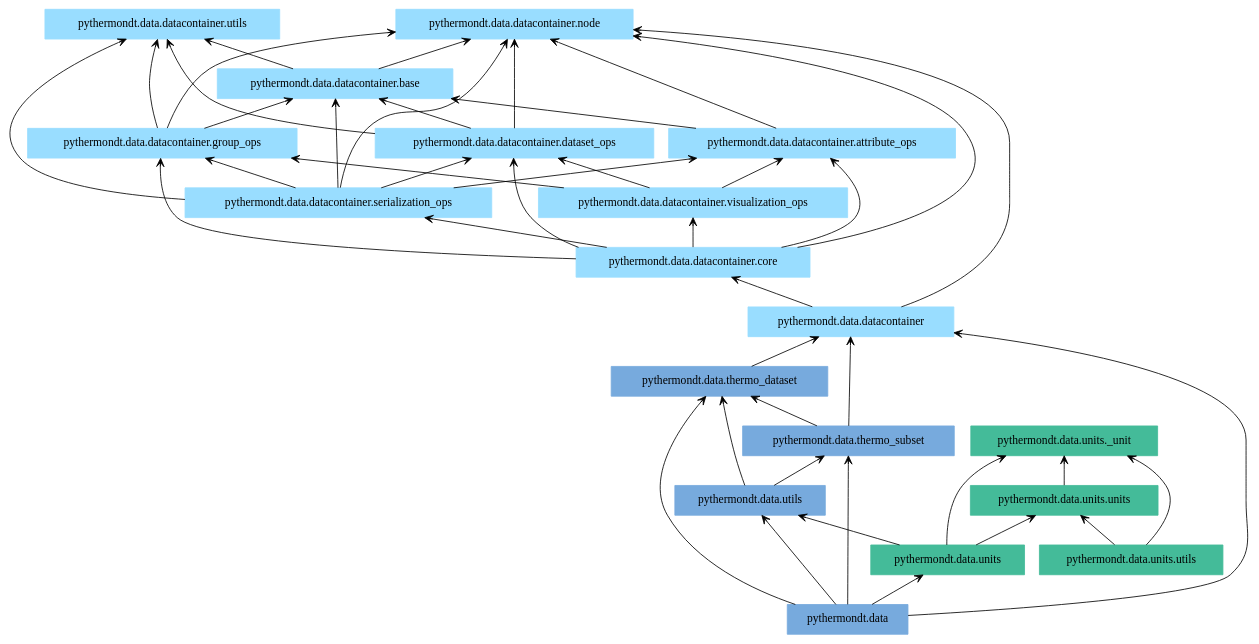
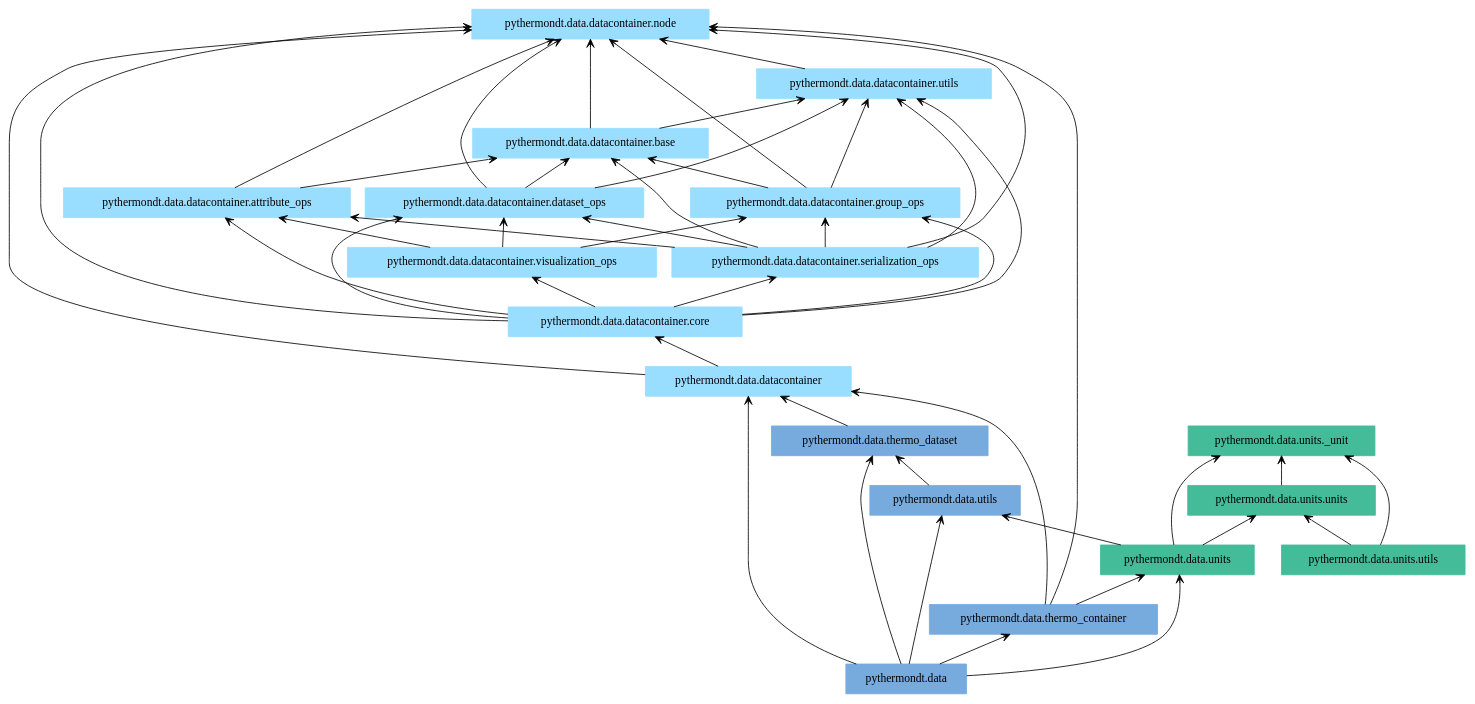
One commit to voidsy-gmbh/pyThermoNDT changed the diagram in docs/pyreverse/packages_pythermondt.data.gv. Above: the diagram before and after it, drawn with Graphviz. The commit also changed 21 other files, not shown here.

Commit message:
Update pyreverse diagrams

```diff
--- a/docs/pyreverse/packages_pythermondt.data.gv
+++ b/docs/pyreverse/packages_pythermondt.data.gv
@@ -1,65 +1,67 @@
 digraph "packages_pythermondt.data" {
 rankdir=BT
 charset="utf-8"
 "pythermondt.data" [color="#77AADD", label=<pythermondt.data>, shape="box", style="filled"];
 "pythermondt.data.datacontainer" [color="#99DDFF", label=<pythermondt.data.datacontainer>, shape="box", style="filled"];
 "pythermondt.data.datacontainer.attribute_ops" [color="#99DDFF", label=<pythermondt.data.datacontainer.attribute_ops>, shape="box", style="filled"];
 "pythermondt.data.datacontainer.base" [color="#99DDFF", label=<pythermondt.data.datacontainer.base>, shape="box", style="filled"];
 "pythermondt.data.datacontainer.core" [color="#99DDFF", label=<pythermondt.data.datacontainer.core>, shape="box", style="filled"];
 "pythermondt.data.datacontainer.dataset_ops" [color="#99DDFF", label=<pythermondt.data.datacontainer.dataset_ops>, shape="box", style="filled"];
 "pythermondt.data.datacontainer.group_ops" [color="#99DDFF", label=<pythermondt.data.datacontainer.group_ops>, shape="box", style="filled"];
 "pythermondt.data.datacontainer.node" [color="#99DDFF", label=<pythermondt.data.datacontainer.node>, shape="box", style="filled"];
 "pythermondt.data.datacontainer.serialization_ops" [color="#99DDFF", label=<pythermondt.data.datacontainer.serialization_ops>, shape="box", style="filled"];
 "pythermondt.data.datacontainer.utils" [color="#99DDFF", label=<pythermondt.data.datacontainer.utils>, shape="box", style="filled"];
 "pythermondt.data.datacontainer.visualization_ops" [color="#99DDFF", label=<pythermondt.data.datacontainer.visualization_ops>, shape="box", style="filled"];
+"pythermondt.data.thermo_container" [color="#77AADD", label=<pythermondt.data.thermo_container>, shape="box", style="filled"];
 "pythermondt.data.thermo_dataset" [color="#77AADD", label=<pythermondt.data.thermo_dataset>, shape="box", style="filled"];
-"pythermondt.data.thermo_subset" [color="#77AADD", label=<pythermondt.data.thermo_subset>, shape="box", style="filled"];
 "pythermondt.data.units" [color="#44BB99", label=<pythermondt.data.units>, shape="box", style="filled"];
 "pythermondt.data.units._unit" [color="#44BB99", label=<pythermondt.data.units._unit>, shape="box", style="filled"];
 "pythermondt.data.units.units" [color="#44BB99", label=<pythermondt.data.units.units>, shape="box", style="filled"];
 "pythermondt.data.units.utils" [color="#44BB99", label=<pythermondt.data.units.utils>, shape="box", style="filled"];
 "pythermondt.data.utils" [color="#77AADD", label=<pythermondt.data.utils>, shape="box", style="filled"];
 "pythermondt.data" -> "pythermondt.data.datacontainer" [arrowhead="open", arrowtail="none"];
+"pythermondt.data" -> "pythermondt.data.thermo_container" [arrowhead="open", arrowtail="none"];
 "pythermondt.data" -> "pythermondt.data.thermo_dataset" [arrowhead="open", arrowtail="none"];
-"pythermondt.data" -> "pythermondt.data.thermo_subset" [arrowhead="open", arrowtail="none"];
 "pythermondt.data" -> "pythermondt.data.units" [arrowhead="open", arrowtail="none"];
 "pythermondt.data" -> "pythermondt.data.utils" [arrowhead="open", arrowtail="none"];
 "pythermondt.data.datacontainer" -> "pythermondt.data.datacontainer.core" [arrowhead="open", arrowtail="none"];
 "pythermondt.data.datacontainer" -> "pythermondt.data.datacontainer.node" [arrowhead="open", arrowtail="none"];
 "pythermondt.data.datacontainer.attribute_ops" -> "pythermondt.data.datacontainer.base" [arrowhead="open", arrowtail="none"];
 "pythermondt.data.datacontainer.attribute_ops" -> "pythermondt.data.datacontainer.node" [arrowhead="open", arrowtail="none"];
 "pythermondt.data.datacontainer.base" -> "pythermondt.data.datacontainer.node" [arrowhead="open", arrowtail="none"];
 "pythermondt.data.datacontainer.base" -> "pythermondt.data.datacontainer.utils" [arrowhead="open", arrowtail="none"];
 "pythermondt.data.datacontainer.core" -> "pythermondt.data.datacontainer.attribute_ops" [arrowhead="open", arrowtail="none"];
 "pythermondt.data.datacontainer.core" -> "pythermondt.data.datacontainer.dataset_ops" [arrowhead="open", arrowtail="none"];
 "pythermondt.data.datacontainer.core" -> "pythermondt.data.datacontainer.group_ops" [arrowhead="open", arrowtail="none"];
 "pythermondt.data.datacontainer.core" -> "pythermondt.data.datacontainer.node" [arrowhead="open", arrowtail="none"];
 "pythermondt.data.datacontainer.core" -> "pythermondt.data.datacontainer.serialization_ops" [arrowhead="open", arrowtail="none"];
+"pythermondt.data.datacontainer.core" -> "pythermondt.data.datacontainer.utils" [arrowhead="open", arrowtail="none"];
 "pythermondt.data.datacontainer.core" -> "pythermondt.data.datacontainer.visualization_ops" [arrowhead="open", arrowtail="none"];
 "pythermondt.data.datacontainer.dataset_ops" -> "pythermondt.data.datacontainer.base" [arrowhead="open", arrowtail="none"];
 "pythermondt.data.datacontainer.dataset_ops" -> "pythermondt.data.datacontainer.node" [arrowhead="open", arrowtail="none"];
 "pythermondt.data.datacontainer.dataset_ops" -> "pythermondt.data.datacontainer.utils" [arrowhead="open", arrowtail="none"];
 "pythermondt.data.datacontainer.group_ops" -> "pythermondt.data.datacontainer.base" [arrowhead="open", arrowtail="none"];
 "pythermondt.data.datacontainer.group_ops" -> "pythermondt.data.datacontainer.node" [arrowhead="open", arrowtail="none"];
 "pythermondt.data.datacontainer.group_ops" -> "pythermondt.data.datacontainer.utils" [arrowhead="open", arrowtail="none"];
 "pythermondt.data.datacontainer.serialization_ops" -> "pythermondt.data.datacontainer.attribute_ops" [arrowhead="open", arrowtail="none"];
 "pythermondt.data.datacontainer.serialization_ops" -> "pythermondt.data.datacontainer.base" [arrowhead="open", arrowtail="none"];
 "pythermondt.data.datacontainer.serialization_ops" -> "pythermondt.data.datacontainer.dataset_ops" [arrowhead="open", arrowtail="none"];
 "pythermondt.data.datacontainer.serialization_ops" -> "pythermondt.data.datacontainer.group_ops" [arrowhead="open", arrowtail="none"];
 "pythermondt.data.datacontainer.serialization_ops" -> "pythermondt.data.datacontainer.node" [arrowhead="open", arrowtail="none"];
 "pythermondt.data.datacontainer.serialization_ops" -> "pythermondt.data.datacontainer.utils" [arrowhead="open", arrowtail="none"];
+"pythermondt.data.datacontainer.utils" -> "pythermondt.data.datacontainer.node" [arrowhead="open", arrowtail="none"];
 "pythermondt.data.datacontainer.visualization_ops" -> "pythermondt.data.datacontainer.attribute_ops" [arrowhead="open", arrowtail="none"];
 "pythermondt.data.datacontainer.visualization_ops" -> "pythermondt.data.datacontainer.dataset_ops" [arrowhead="open", arrowtail="none"];
 "pythermondt.data.datacontainer.visualization_ops" -> "pythermondt.data.datacontainer.group_ops" [arrowhead="open", arrowtail="none"];
+"pythermondt.data.thermo_container" -> "pythermondt.data.datacontainer" [arrowhead="open", arrowtail="none"];
+"pythermondt.data.thermo_container" -> "pythermondt.data.datacontainer.node" [arrowhead="open", arrowtail="none"];
+"pythermondt.data.thermo_container" -> "pythermondt.data.units" [arrowhead="open", arrowtail="none"];
 "pythermondt.data.thermo_dataset" -> "pythermondt.data.datacontainer" [arrowhead="open", arrowtail="none"];
-"pythermondt.data.thermo_subset" -> "pythermondt.data.datacontainer" [arrowhead="open", arrowtail="none"];
-"pythermondt.data.thermo_subset" -> "pythermondt.data.thermo_dataset" [arrowhead="open", arrowtail="none"];
 "pythermondt.data.units" -> "pythermondt.data.units._unit" [arrowhead="open", arrowtail="none"];
 "pythermondt.data.units" -> "pythermondt.data.units.units" [arrowhead="open", arrowtail="none"];
 "pythermondt.data.units" -> "pythermondt.data.utils" [arrowhead="open", arrowtail="none"];
 "pythermondt.data.units.units" -> "pythermondt.data.units._unit" [arrowhead="open", arrowtail="none"];
 "pythermondt.data.units.utils" -> "pythermondt.data.units._unit" [arrowhead="open", arrowtail="none"];
 "pythermondt.data.units.utils" -> "pythermondt.data.units.units" [arrowhead="open", arrowtail="none"];
 "pythermondt.data.utils" -> "pythermondt.data.thermo_dataset" [arrowhead="open", arrowtail="none"];
-"pythermondt.data.utils" -> "pythermondt.data.thermo_subset" [arrowhead="open", arrowtail="none"];
 }
```
